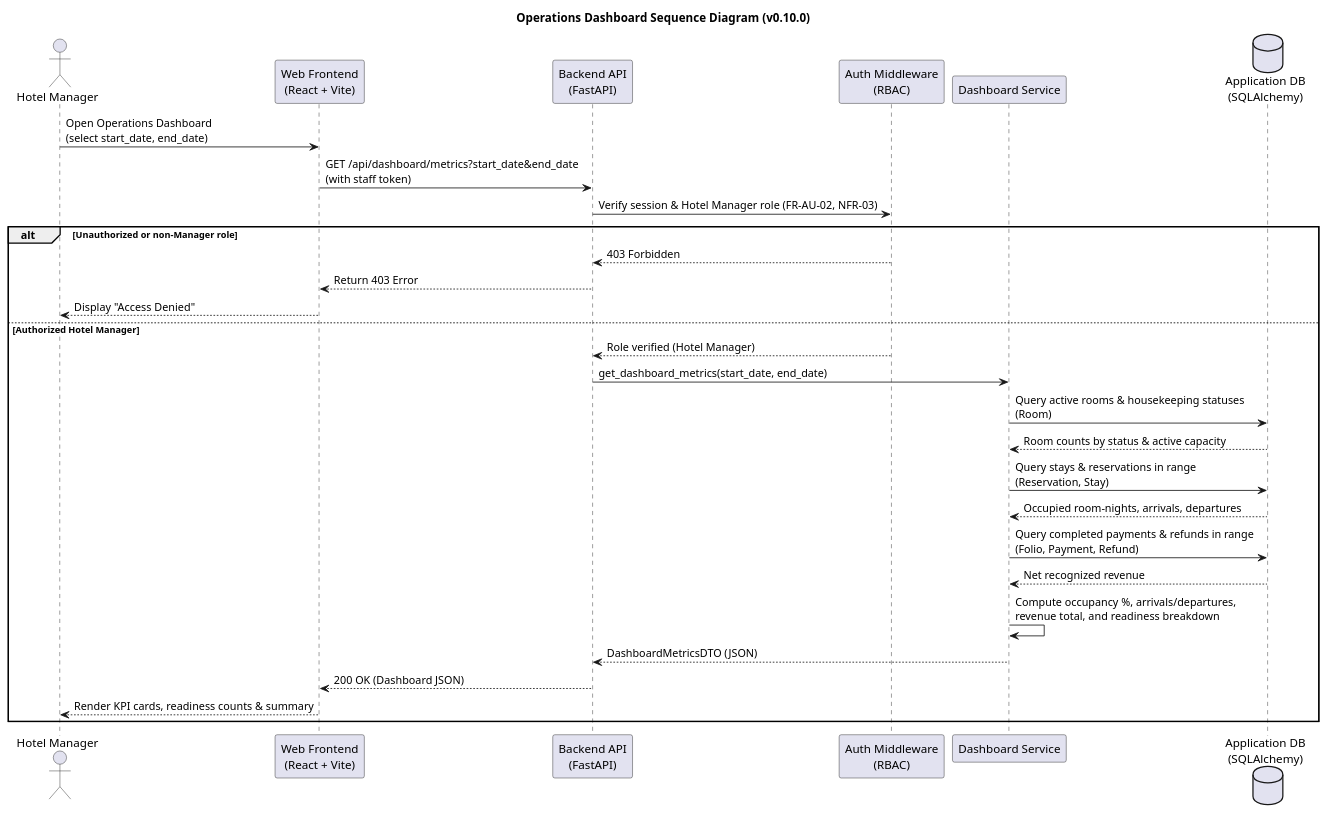
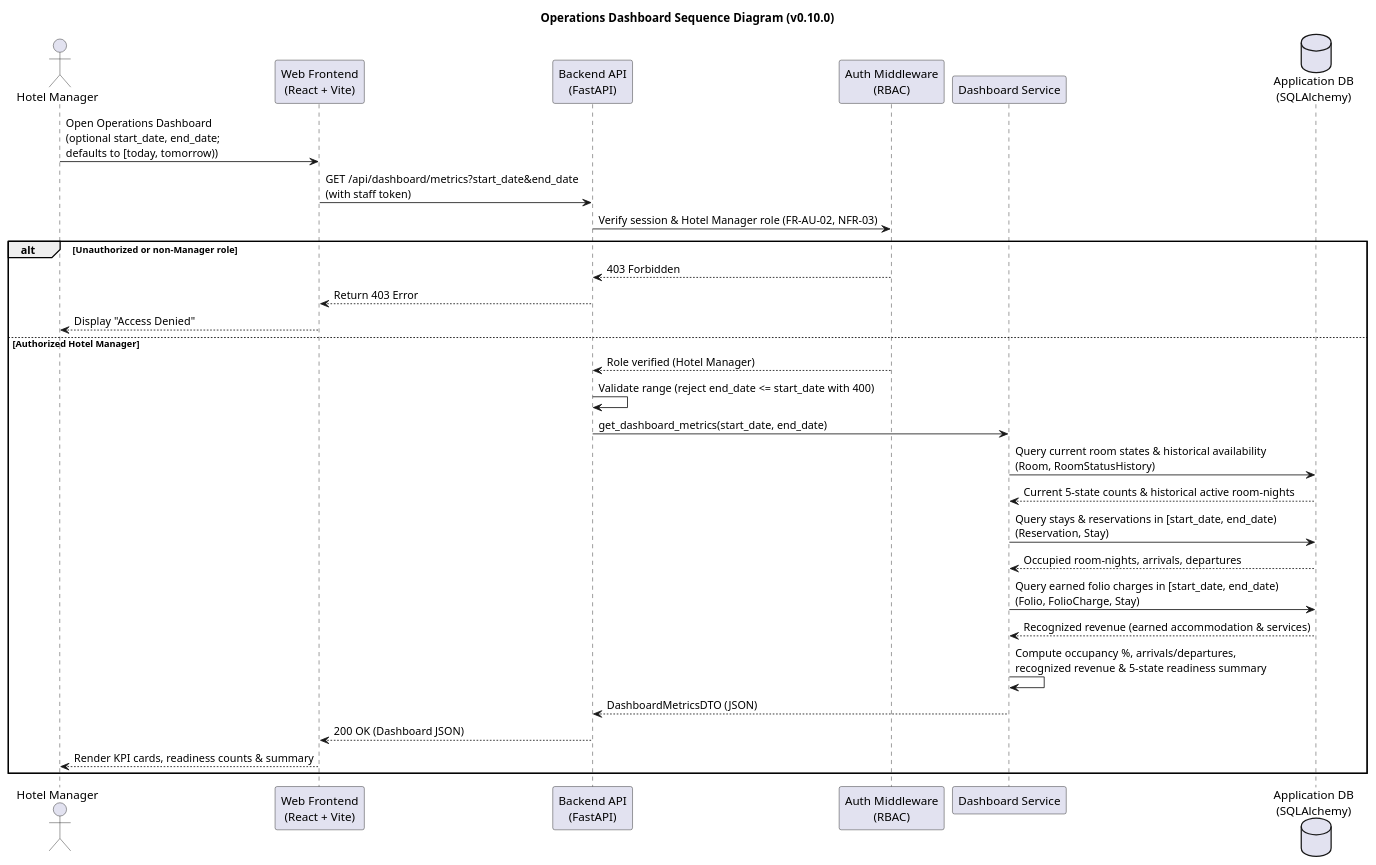
One commit to moh05-a/Hotel-Reservation-System changed the diagram in uml/seq_dashboard.puml. Above: the diagram before and after it, drawn with PlantUML.

```diff
--- a/uml/seq_dashboard.puml
+++ b/uml/seq_dashboard.puml
@@ -1,37 +1,38 @@
 @startuml
 title Operations Dashboard Sequence Diagram (v0.10.0)
 
 actor "Hotel Manager" as Manager
 participant "Web Frontend\n(React + Vite)" as UI
 participant "Backend API\n(FastAPI)" as API
 participant "Auth Middleware\n(RBAC)" as Auth
 participant "Dashboard Service" as Service
 database "Application DB\n(SQLAlchemy)" as DB
 
-Manager -> UI : Open Operations Dashboard\n(select start_date, end_date)
+Manager -> UI : Open Operations Dashboard\n(optional start_date, end_date;\ndefaults to [today, tomorrow))
 UI -> API : GET /api/dashboard/metrics?start_date&end_date\n(with staff token)
 API -> Auth : Verify session & Hotel Manager role (FR-AU-02, NFR-03)
 
 alt Unauthorized or non-Manager role
   Auth --> API : 403 Forbidden
   API --> UI : Return 403 Error
   UI --> Manager : Display "Access Denied"
 else Authorized Hotel Manager
   Auth --> API : Role verified (Hotel Manager)
+  API -> API : Validate range (reject end_date <= start_date with 400)
   API -> Service : get_dashboard_metrics(start_date, end_date)
 
-  Service -> DB : Query active rooms & housekeeping statuses\n(Room)
-  DB --> Service : Room counts by status & active capacity
+  Service -> DB : Query current room states & historical availability\n(Room, RoomStatusHistory)
+  DB --> Service : Current 5-state counts & historical active room-nights
 
-  Service -> DB : Query stays & reservations in range\n(Reservation, Stay)
+  Service -> DB : Query stays & reservations in [start_date, end_date)\n(Reservation, Stay)
   DB --> Service : Occupied room-nights, arrivals, departures
 
-  Service -> DB : Query completed payments & refunds in range\n(Folio, Payment, Refund)
-  DB --> Service : Net recognized revenue
+  Service -> DB : Query earned folio charges in [start_date, end_date)\n(Folio, FolioCharge, Stay)
+  DB --> Service : Recognized revenue (earned accommodation & services)
 
-  Service -> Service : Compute occupancy %, arrivals/departures,\nrevenue total, and readiness breakdown
+  Service -> Service : Compute occupancy %, arrivals/departures,\nrecognized revenue & 5-state readiness summary
   Service --> API : DashboardMetricsDTO (JSON)
   API --> UI : 200 OK (Dashboard JSON)
   UI --> Manager : Render KPI cards, readiness counts & summary
 end
 @enduml
```
